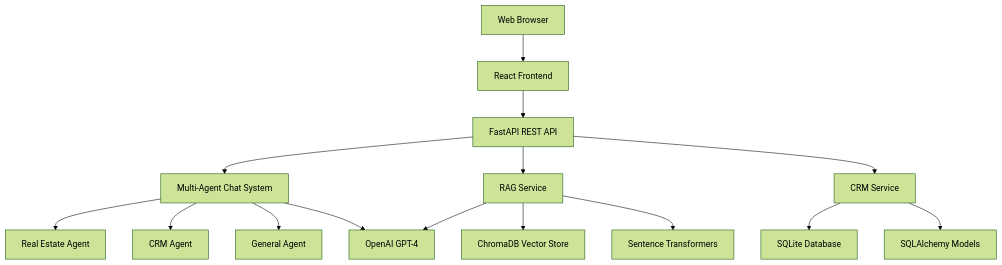
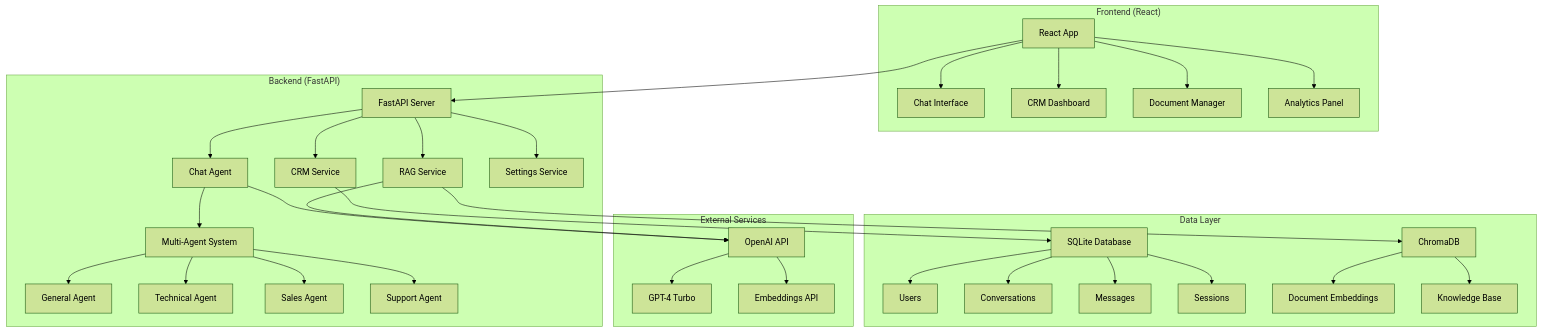
Before and after one commit to Venkatalakshmikottapalli/multi-agentic-conversation-ai-system: the first of 2 diagrams in README.md, drawn with Mermaid (forest theme). The commit also changed other lines of this file and 36 other files, not shown here.

Commit message:
Update project structure and components for multi-agentic conversation AI system

````diff
--- a/README.md
+++ b/README.md
@@ -39,21 +29,43 @@
 ```mermaid
 graph TB
-    Browser[Web Browser] --> Frontend[React Frontend]
-    Frontend --> API[FastAPI REST API]
-    API --> ChatAgent[Multi-Agent Chat System]
-    API --> RAG[RAG Service]
-    API --> CRM[CRM Service]
+    subgraph "Frontend (React)"
+        A[React App] --> B[Chat Interface]
+        A --> C[CRM Dashboard]
+        A --> D[Document Manager]
+        A --> E[Analytics Panel]
+    end
     
-    ChatAgent --> RealEstateAgent[Real Estate Agent]
-    ChatAgent --> CRMAgent[CRM Agent]
-    ChatAgent --> GeneralAgent[General Agent]
+    subgraph "Backend (FastAPI)"
+        F[FastAPI Server] --> G[Chat Agent]
+        F --> H[CRM Service]
+        F --> I[RAG Service]
+        F --> J[Settings Service]
+        
+        G --> K[Multi-Agent System]
+        K --> L[General Agent]
+        K --> M[Technical Agent]
+        K --> N[Sales Agent]
+        K --> O[Support Agent]
+    end
     
-    RAG --> ChromaDB[ChromaDB Vector Store]
-    RAG --> Embeddings[Sentence Transformers]
+    subgraph "Data Layer"
+        P[SQLite Database] --> Q[Users]
+        P --> R[Conversations]
+        P --> S[Messages]
+        P --> T[Sessions]
+        
+        U[ChromaDB] --> V[Document Embeddings]
+        U --> W[Knowledge Base]
+    end
     
-    CRM --> SQLite[SQLite Database]
-    CRM --> Models[SQLAlchemy Models]
+    subgraph "External Services"
+        X[OpenAI API] --> Y[GPT-4 Turbo]
+        X --> Z[Embeddings API]
+    end
     
-    ChatAgent --> OpenAI[OpenAI GPT-4]
-    RAG --> OpenAI
+    A --> F
+    G --> X
+    I --> U
+    H --> P
+    I --> X
 ```
````
